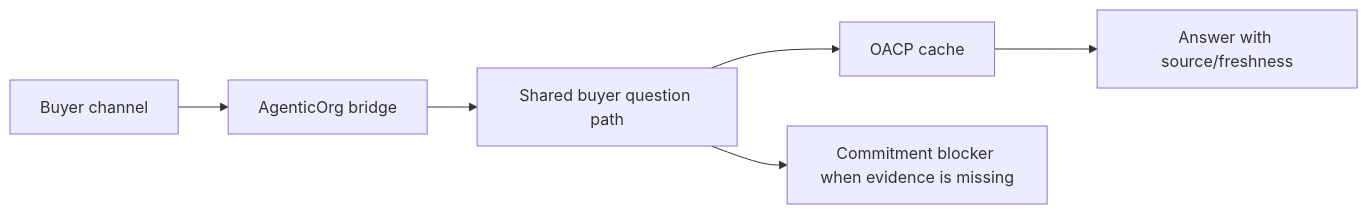
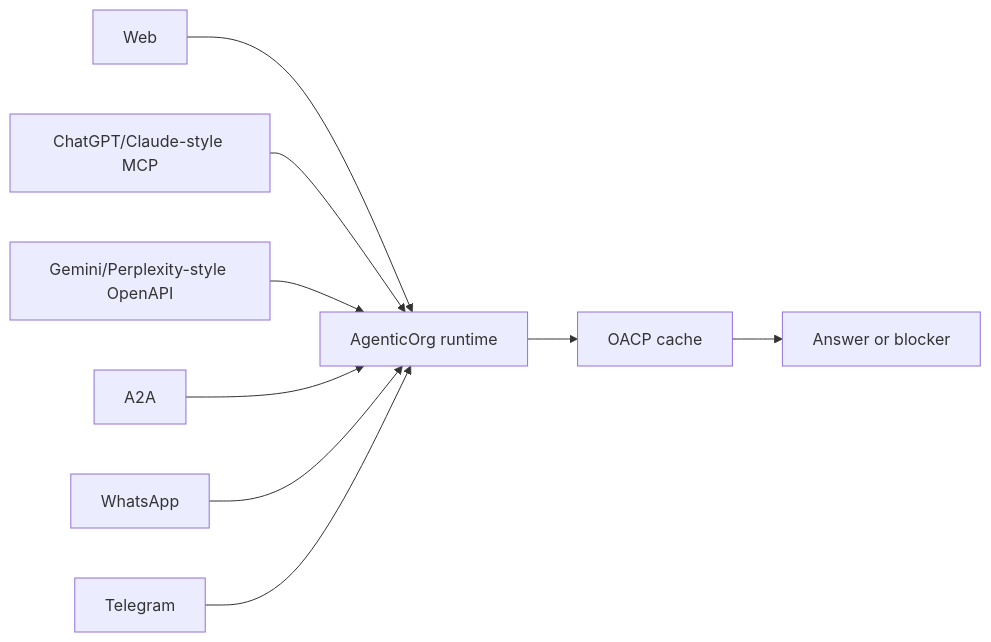
Before and after one commit to mishrasanjeev/agentic-org: the diagram in docs/blog/how-chatgpt-claude-gemini-whatsapp-buyers-interact.md, drawn with Mermaid. The commit also changed other lines of this file and 36 other files, not shown here.

Commit message:
Document OACP runtime launch story

````diff
--- a/docs/blog/how-chatgpt-claude-gemini-whatsapp-buyers-interact.md
+++ b/docs/blog/how-chatgpt-claude-gemini-whatsapp-buyers-interact.md
@@ -3,8 +13,11 @@
 ```mermaid
 flowchart LR
-  chat[Buyer channel] --> bridge[AgenticOrg bridge]
-  bridge --> ask[Shared buyer question path]
-  ask --> cache[OACP cache]
-  cache --> response[Answer with source/freshness]
-  ask --> block[Commitment blocker when evidence is missing]
+  web[Web] --> runtime[AgenticOrg runtime]
+  mcp[ChatGPT/Claude-style MCP] --> runtime
+  openapi[Gemini/Perplexity-style OpenAPI] --> runtime
+  a2a[A2A] --> runtime
+  wa[WhatsApp] --> runtime
+  tg[Telegram] --> runtime
+  runtime --> cache[OACP cache]
+  cache --> response[Answer or blocker]
 ```
````
